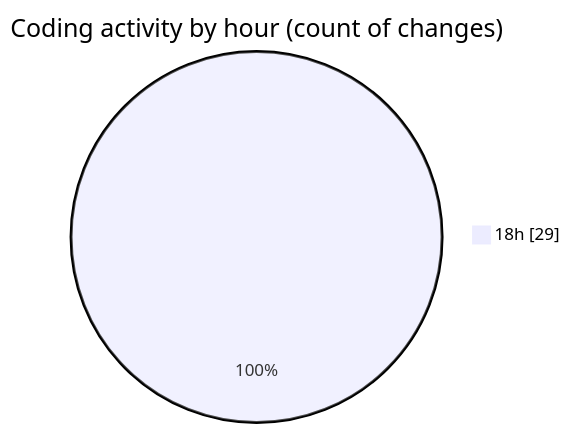
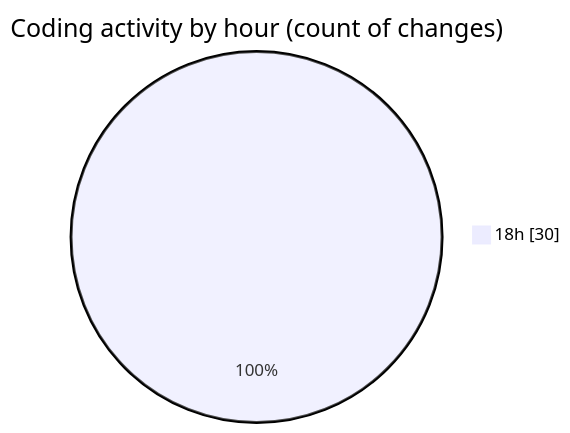
One commit to donsfak/code-tracking changed the second of 2 diagrams in 2025-02-04/maps_clone/README.md. Above: the diagram before and after it, drawn with Mermaid. The commit also changed other lines of this file and 1 other file, not shown here.

````diff
--- a/2025-02-04/maps_clone/README.md
+++ b/2025-02-04/maps_clone/README.md
@@ -41,5 +41,5 @@
 ```mermaid
 pie showData
 title Coding activity by hour (count of changes)
-"18h" : 29
+"18h" : 30
 ```
````
